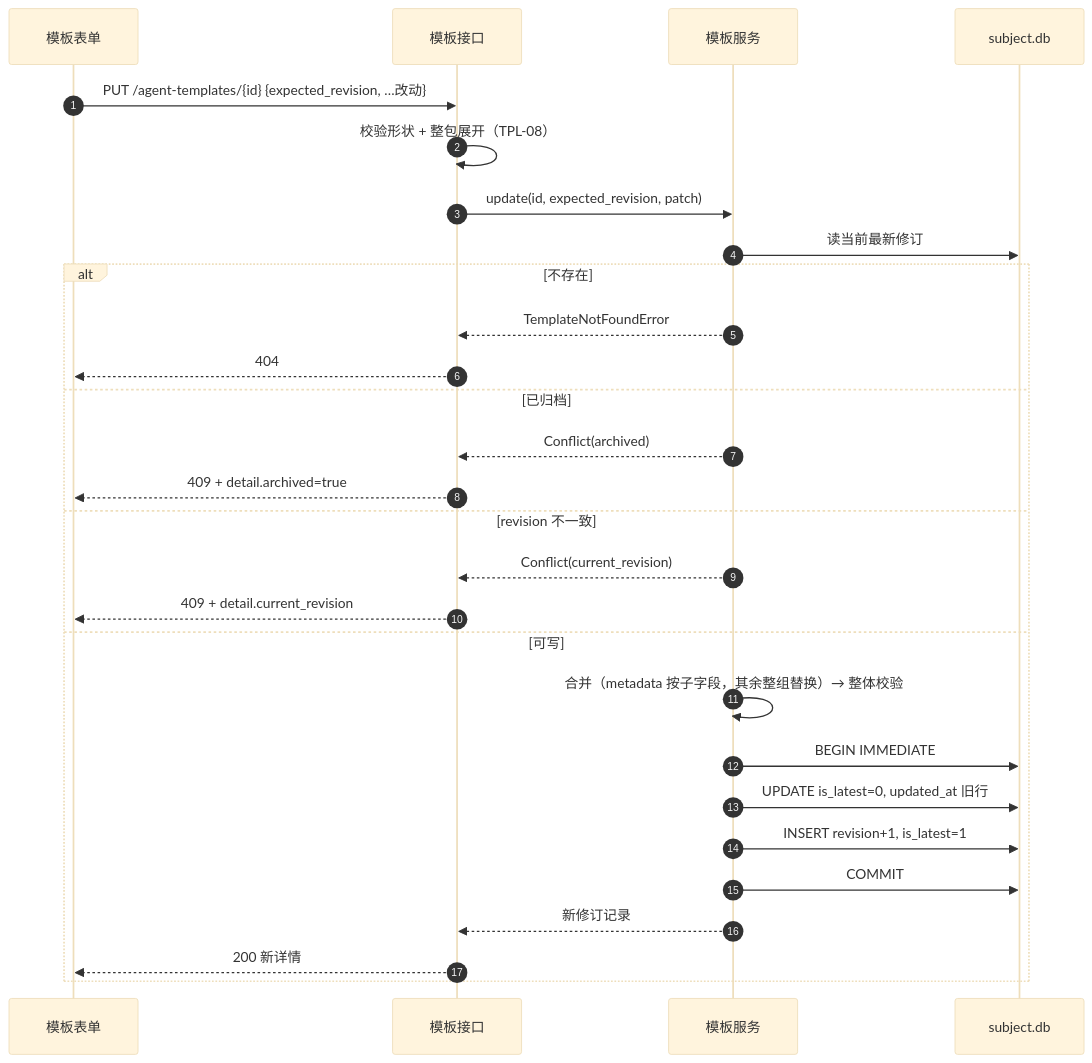
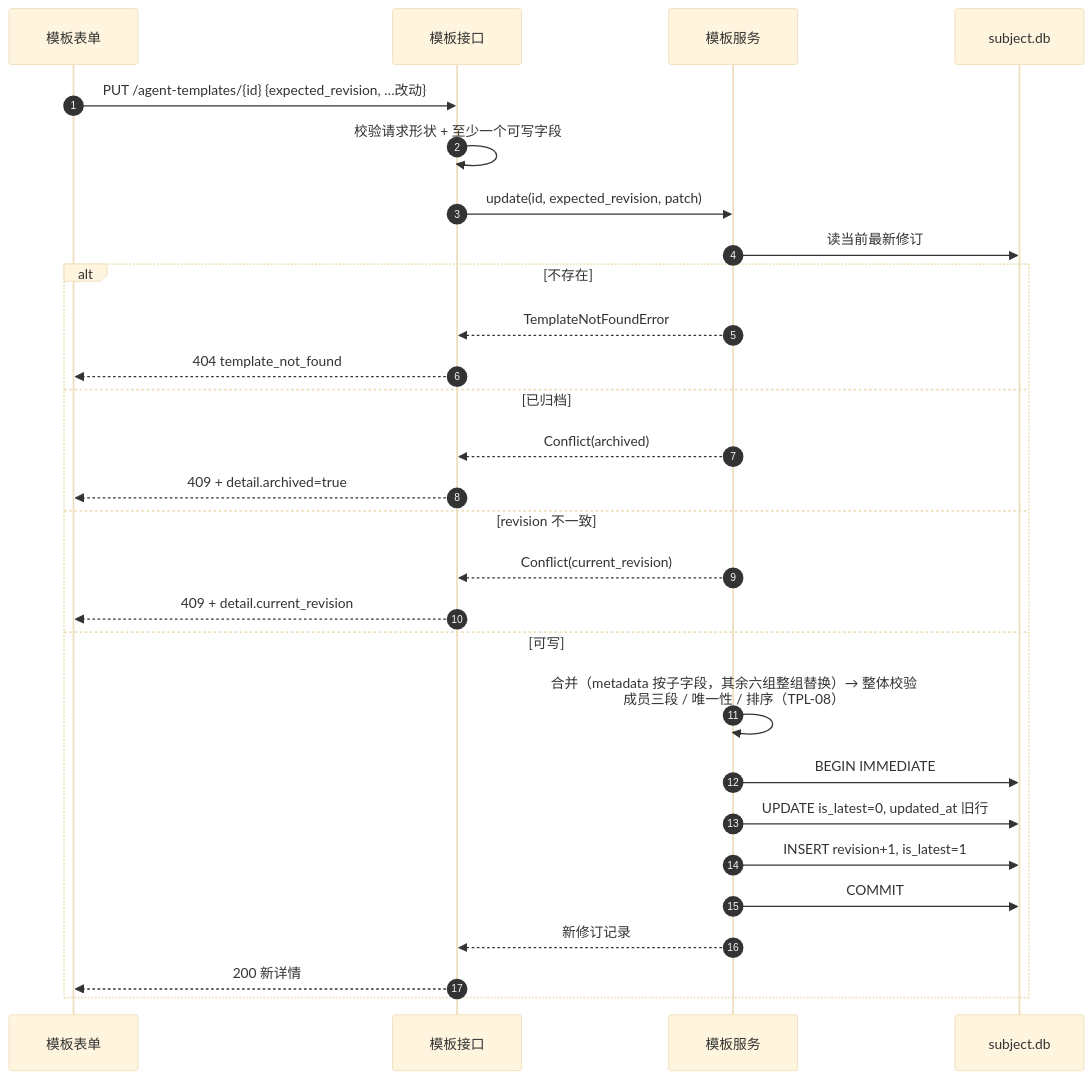
The third of 4 diagrams in docs/ghrah-09-agent-template-management-design.md (ghrah-org/ghrah-monorepo), drawn with Mermaid (base theme) before and after one commit. The commit also changed other lines of this file and 15 other files, not shown here.

````diff
--- a/docs/ghrah-09-agent-template-management-design.md
+++ b/docs/ghrah-09-agent-template-management-design.md
@@ -500,31 +543,31 @@
 ```mermaid
 sequenceDiagram
     autonumber
     participant UI as 模板表单
     participant API as 模板接口
     participant SVC as 模板服务
     participant DB as subject.db
 
     UI->>API: PUT /agent-templates/{id} {expected_revision, …改动}
-    API->>API: 校验形状 + 整包展开（TPL-08）
+    API->>API: 校验请求形状 + 至少一个可写字段
     API->>SVC: update(id, expected_revision, patch)
     SVC->>DB: 读当前最新修订
     alt 不存在
         SVC-->>API: TemplateNotFoundError
-        API-->>UI: 404
+        API-->>UI: 404 template_not_found
     else 已归档
         SVC-->>API: Conflict(archived)
         API-->>UI: 409 + detail.archived=true
     else revision 不一致
         SVC-->>API: Conflict(current_revision)
         API-->>UI: 409 + detail.current_revision
     else 可写
-        SVC->>SVC: 合并（metadata 按子字段，其余整组替换）→ 整体校验
+        SVC->>SVC: 合并（metadata 按子字段，其余六组整组替换）→ 整体校验<br/>成员三段 / 唯一性 / 排序（TPL-08）
         SVC->>DB: BEGIN IMMEDIATE
         SVC->>DB: UPDATE is_latest=0, updated_at 旧行
         SVC->>DB: INSERT revision+1, is_latest=1
         SVC->>DB: COMMIT
         SVC-->>API: 新修订记录
         API-->>UI: 200 新详情
     end
 ```
````
